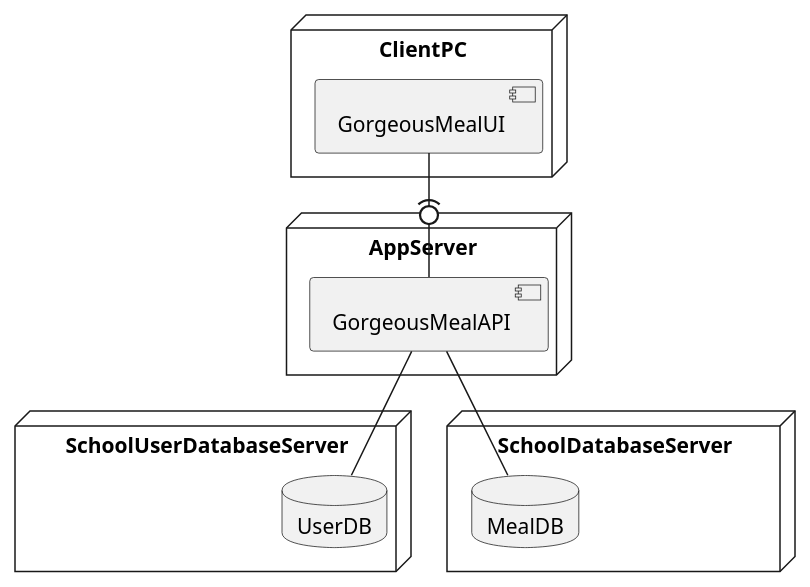
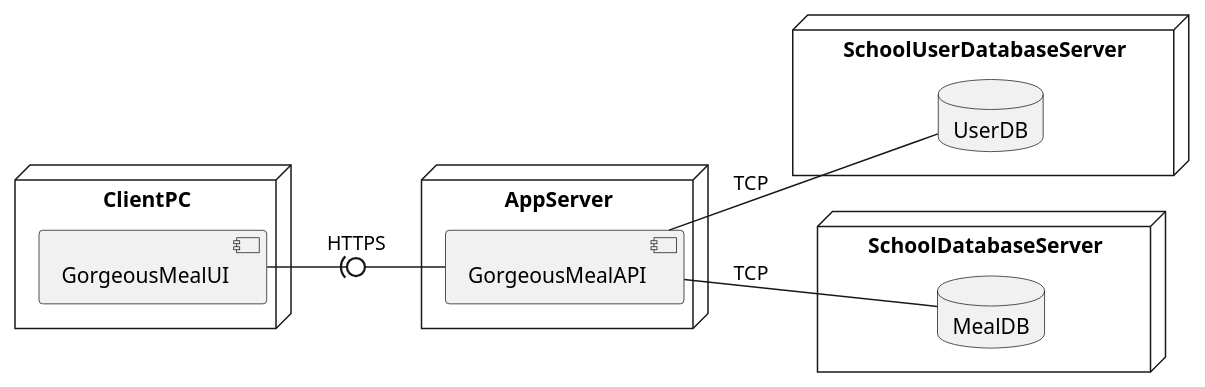
The diagram in P1/ADD/DeploymentDiagram.puml (PeFerreira98/ARQSOFT_2019), drawn with PlantUML before and after one commit. The commit also changed 8 other files, not shown here.

Commit message:
update domainmodel + deployment diagrams

```diff
--- a/P1/ADD/DeploymentDiagram.puml
+++ b/P1/ADD/DeploymentDiagram.puml
@@ -1,21 +1,23 @@
 @startuml DeploymentDiagram
+left to right direction
+
 node ClientPC {
     component GorgeousMealUI
 }
 
 node AppServer {
     component GorgeousMealAPI
 }
 
 node SchoolUserDatabaseServer {
     database UserDB
 }
 
 node SchoolDatabaseServer {
     database MealDB
 }
 
-GorgeousMealUI -(0- GorgeousMealAPI
-GorgeousMealAPI -- UserDB
-GorgeousMealAPI -- MealDB
+GorgeousMealUI -(0- GorgeousMealAPI : HTTPS
+GorgeousMealAPI -- UserDB : TCP
+GorgeousMealAPI -- MealDB : TCP
 @enduml
```
